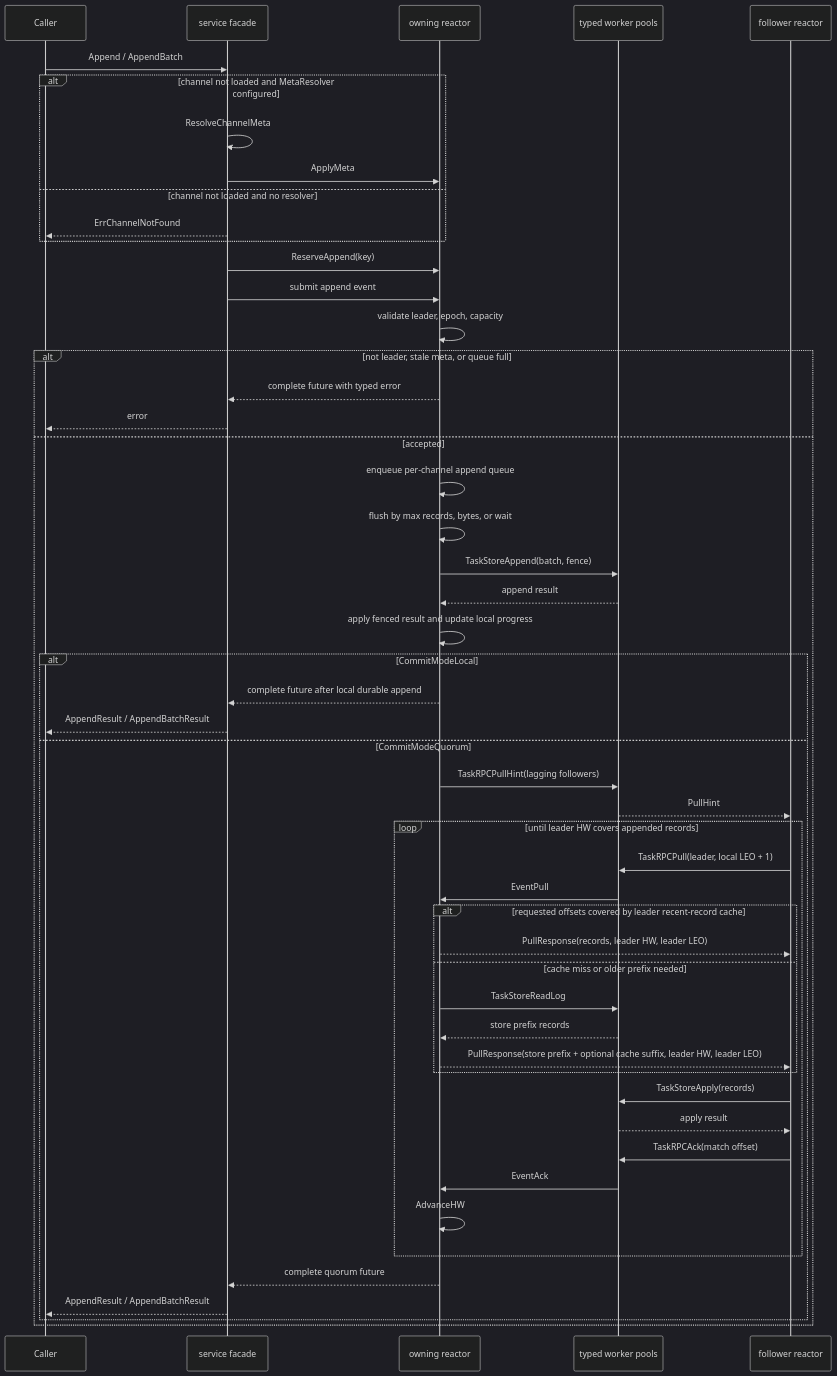
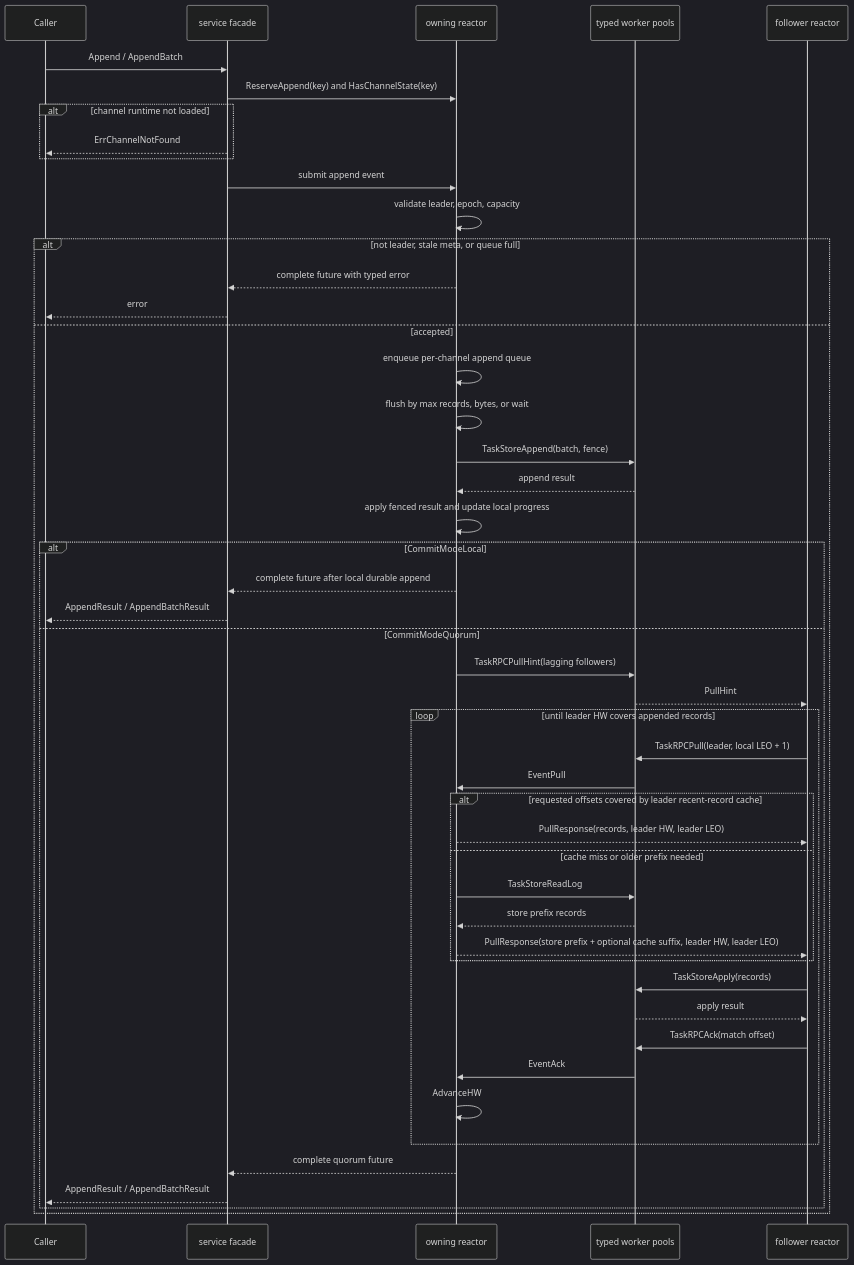
The first of 2 diagrams in pkg/channelv2/FLOW.md (WuKongIM/WuKongIM), drawn with Mermaid (dark theme) before and after one commit. The commit also changed other lines of this file and 18 other files, not shown here.

Commit message:
Clarify channel append meta ownership

````diff
--- a/pkg/channelv2/FLOW.md
+++ b/pkg/channelv2/FLOW.md
@@ -23,56 +23,52 @@
 ```mermaid
 sequenceDiagram
     participant Caller
     participant Service as service facade
     participant Reactor as owning reactor
     participant Workers as typed worker pools
     participant Follower as follower reactor
 
     Caller->>Service: Append / AppendBatch
-    alt channel not loaded and MetaResolver configured
-        Service->>Service: ResolveChannelMeta
-        Service->>Reactor: ApplyMeta
-    else channel not loaded and no resolver
+    Service->>Reactor: ReserveAppend(key) and HasChannelState(key)
+    alt channel runtime not loaded
         Service-->>Caller: ErrChannelNotFound
     end
-
-    Service->>Reactor: ReserveAppend(key)
     Service->>Reactor: submit append event
     Reactor->>Reactor: validate leader, epoch, capacity
     alt not leader, stale meta, or queue full
         Reactor-->>Service: complete future with typed error
         Service-->>Caller: error
     else accepted
         Reactor->>Reactor: enqueue per-channel append queue
         Reactor->>Reactor: flush by max records, bytes, or wait
         Reactor->>Workers: TaskStoreAppend(batch, fence)
         Workers-->>Reactor: append result
         Reactor->>Reactor: apply fenced result and update local progress
 
         alt CommitModeLocal
             Reactor-->>Service: complete future after local durable append
             Service-->>Caller: AppendResult / AppendBatchResult
         else CommitModeQuorum
             Reactor->>Workers: TaskRPCPullHint(lagging followers)
             Workers-->>Follower: PullHint
             loop until leader HW covers appended records
                 Follower->>Workers: TaskRPCPull(leader, local LEO + 1)
                 Workers->>Reactor: EventPull
                 alt requested offsets covered by leader recent-record cache
                     Reactor-->>Follower: PullResponse(records, leader HW, leader LEO)
                 else cache miss or older prefix needed
                     Reactor->>Workers: TaskStoreReadLog
                     Workers-->>Reactor: store prefix records
                     Reactor-->>Follower: PullResponse(store prefix + optional cache suffix, leader HW, leader LEO)
                 end
                 Follower->>Workers: TaskStoreApply(records)
                 Workers-->>Follower: apply result
                 Follower->>Workers: TaskRPCAck(match offset)
                 Workers->>Reactor: EventAck
                 Reactor->>Reactor: AdvanceHW
             end
             Reactor-->>Service: complete quorum future
             Service-->>Caller: AppendResult / AppendBatchResult
         end
     end
 ```
````
